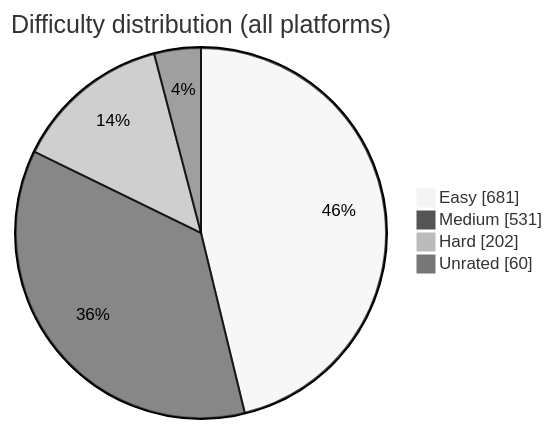
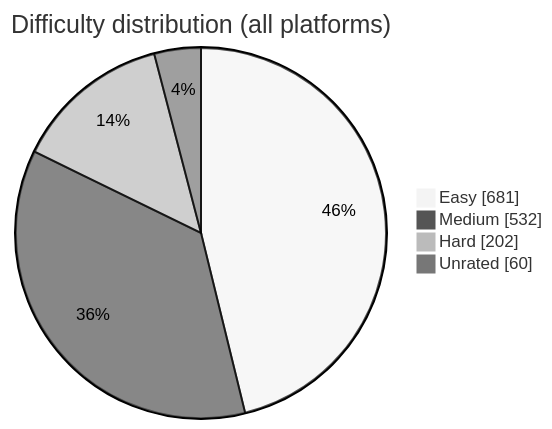
One commit to BuildbyArindam/Daily-Coding-Log changed the diagram in README.md. Above: the diagram before and after it, drawn with Mermaid (neutral theme). The commit also changed other lines of this file, not shown here.

````diff
--- a/README.md
+++ b/README.md
@@ -93,7 +93,7 @@
 ```mermaid
 pie showData title Difficulty distribution (all platforms)
     "Easy" : 681
-    "Medium" : 531
+    "Medium" : 532
     "Hard" : 202
     "Unrated" : 60
 ```
````
